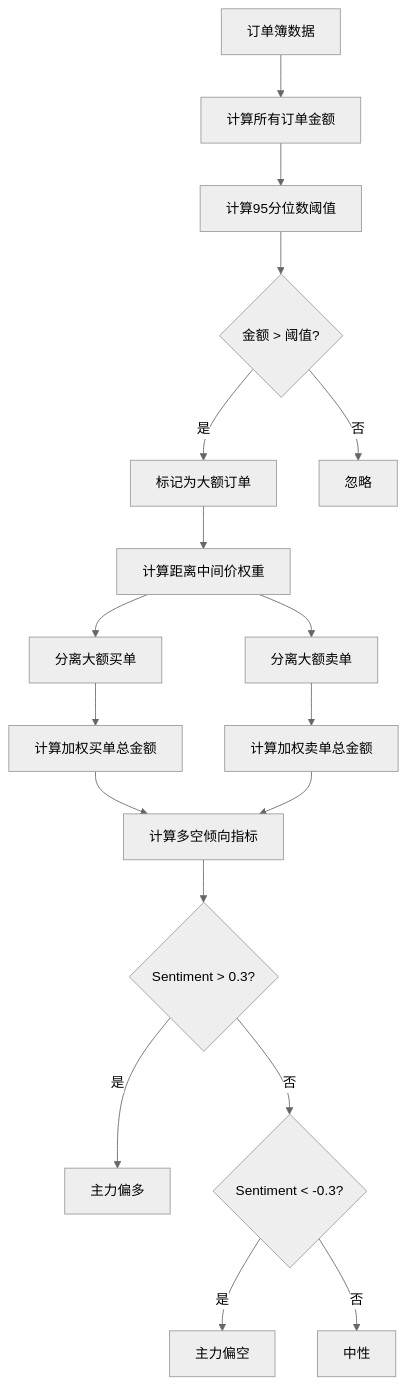
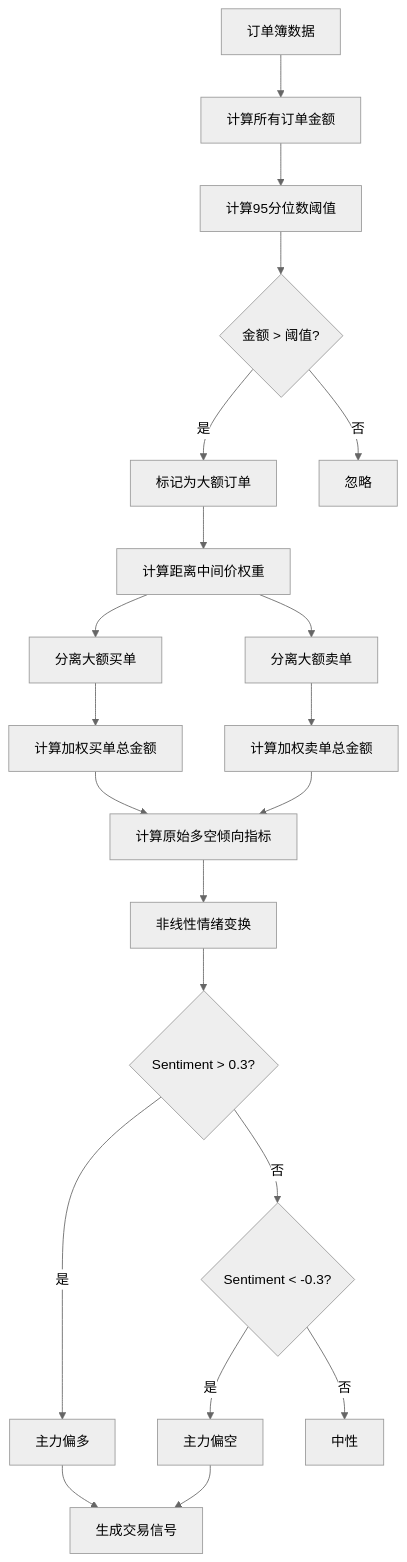
Before and after one commit to bidepideyipi/okex-books-buddy: the second of 4 diagrams in PRD.md, drawn with Mermaid (neutral theme). The commit also changed other lines of this file and 13 other files, not shown here.

````diff
--- a/PRD.md
+++ b/PRD.md
@@ -204,20 +225,23 @@
 ```mermaid
 graph TB
     A[订单簿数据] --> B[计算所有订单金额]
     B --> C[计算95分位数阈值]
     C --> D{金额 > 阈值?}
     D -->|是| E[标记为大额订单]
     D -->|否| F[忽略]
     E --> G[计算距离中间价权重]
     G --> H[分离大额买单]
     G --> I[分离大额卖单]
     H --> J[计算加权买单总金额]
     I --> K[计算加权卖单总金额]
-    J --> L[计算多空倾向指标]
+    J --> L[计算原始多空倾向指标]
     K --> L
-    L --> M{Sentiment > 0.3?}
-    M -->|是| N[主力偏多]
-    M -->|否| O{Sentiment < -0.3?}
-    O -->|是| P[主力偏空]
-    O -->|否| Q[中性]
+    L --> M[非线性情绪变换]
+    M --> N{Sentiment > 0.3?}
+    N -->|是| O[主力偏多]
+    N -->|否| P{Sentiment < -0.3?}
+    P -->|是| Q[主力偏空]
+    P -->|否| R[中性]
+    O --> S[生成交易信号]
+    Q --> S
 ```
````
